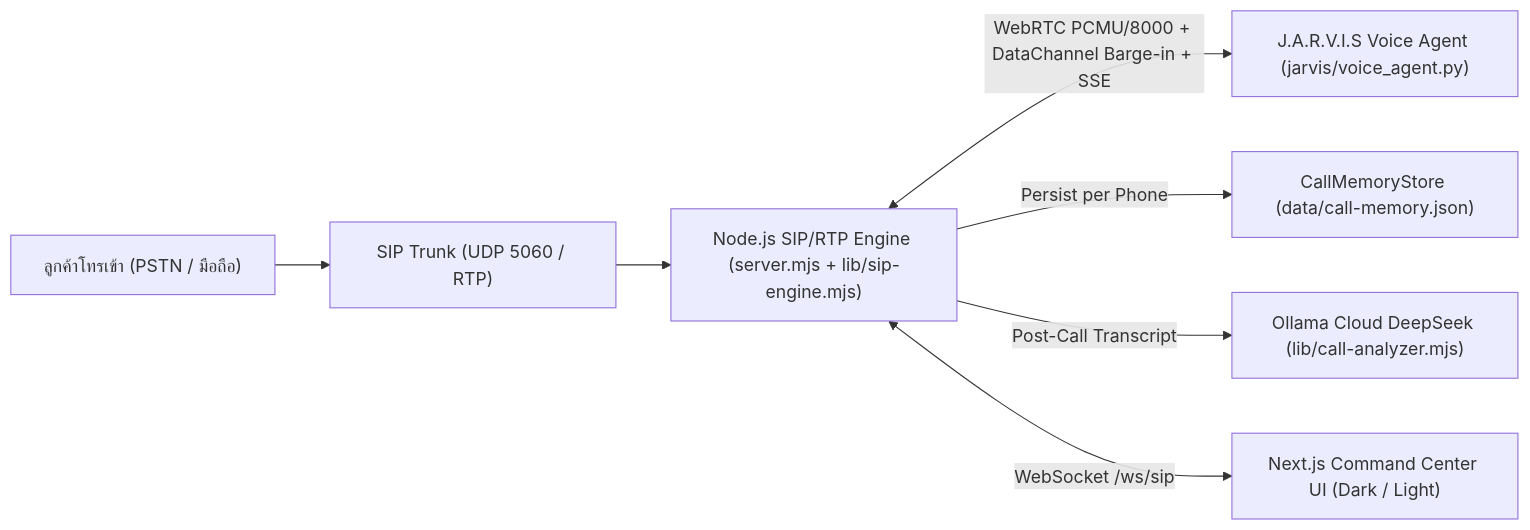
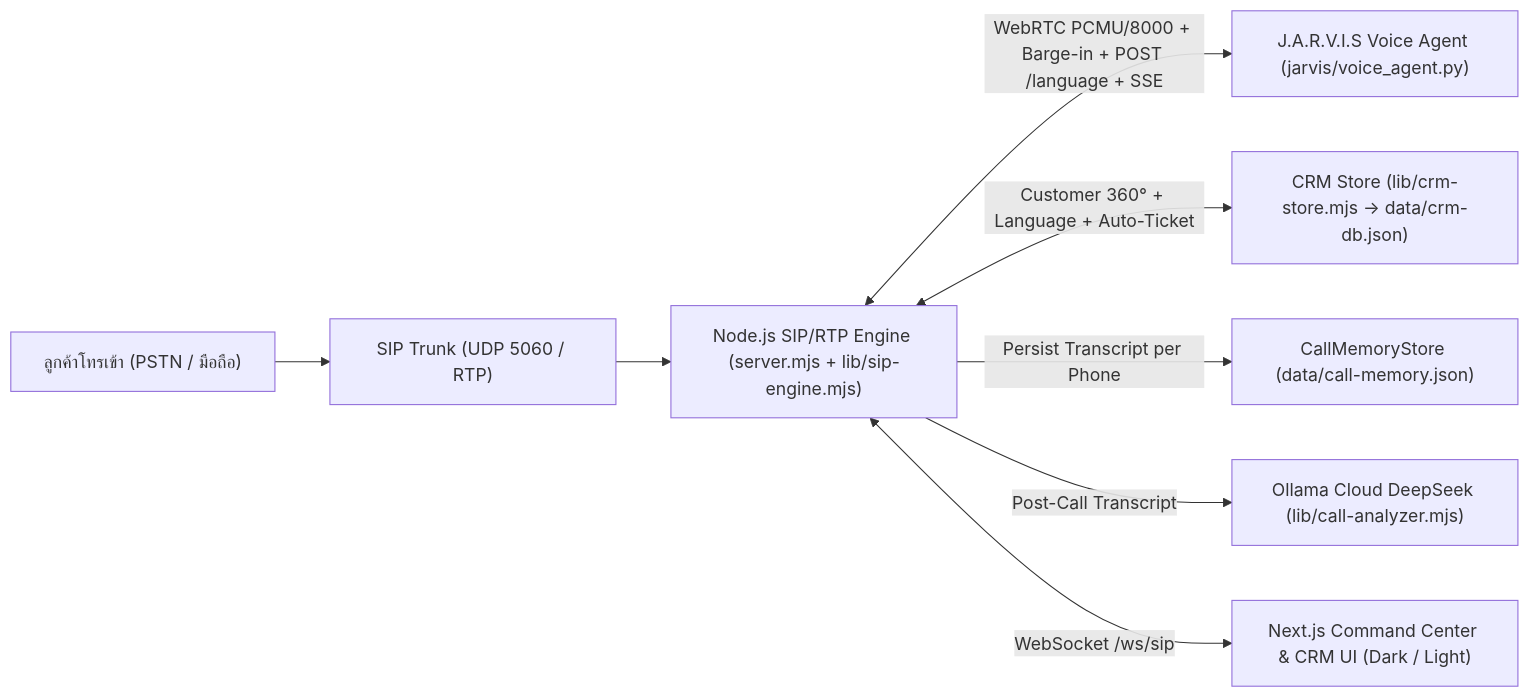
One commit to jaturapornchai/bccallcenter changed the diagram in README.md. Above: the diagram before and after it, drawn with Mermaid. The commit also changed other lines of this file and 15 other files, not shown here.

Commit message:
feat: add integrated CRM 360 + auto-ticket board and multi-language caller detection/mid-call switching

````diff
--- a/README.md
+++ b/README.md
@@ -22,9 +30,10 @@
 ```mermaid
 flowchart LR
     Caller["ลูกค้าโทรเข้า (PSTN / มือถือ)"] --> SIP["SIP Trunk (UDP 5060 / RTP)"]
     SIP --> Engine["Node.js SIP/RTP Engine (server.mjs + lib/sip-engine.mjs)"]
-    Engine <-->|WebRTC PCMU/8000 + DataChannel Barge-in + SSE| Jarvis["J.A.R.V.I.S Voice Agent (jarvis/voice_agent.py)"]
-    Engine -->|Persist per Phone| Mem["CallMemoryStore (data/call-memory.json)"]
+    Engine <-->|WebRTC PCMU/8000 + Barge-in + POST /language + SSE| Jarvis["J.A.R.V.I.S Voice Agent (jarvis/voice_agent.py)"]
+    Engine <-->|Customer 360° + Language + Auto-Ticket| CRM["CRM Store (lib/crm-store.mjs -> data/crm-db.json)"]
+    Engine -->|Persist Transcript per Phone| Mem["CallMemoryStore (data/call-memory.json)"]
     Engine -->|Post-Call Transcript| QA["Ollama Cloud DeepSeek (lib/call-analyzer.mjs)"]
-    Engine <-->|WebSocket /ws/sip| UI["Next.js Command Center UI (Dark / Light)"]
+    Engine <-->|WebSocket /ws/sip| UI["Next.js Command Center & CRM UI (Dark / Light)"]
 ```
````
